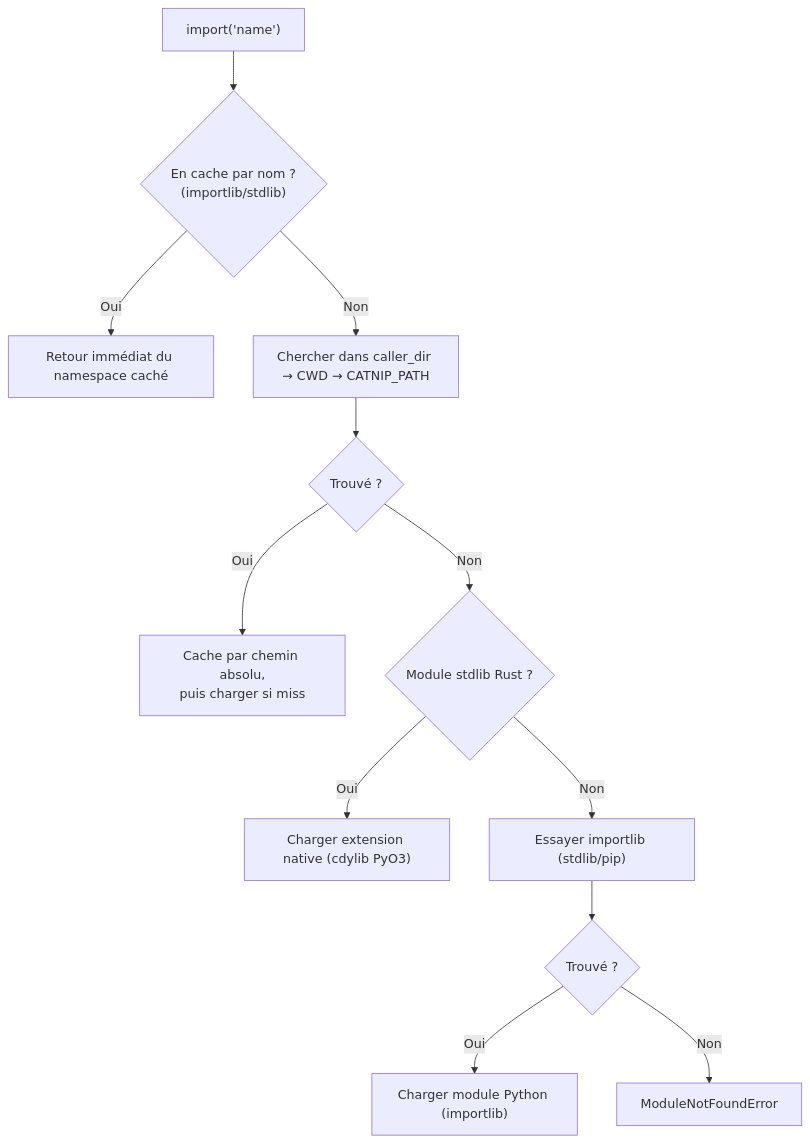
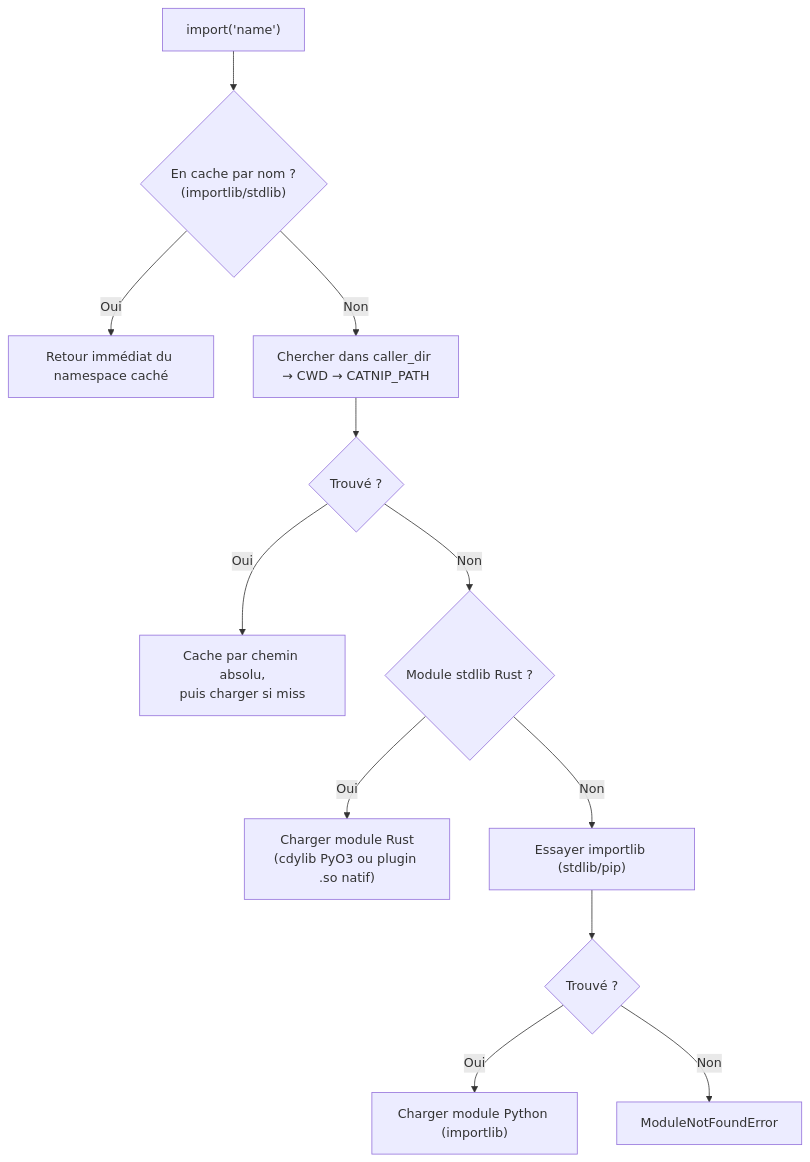
One commit to aristofor/catnip changed the first of 2 diagrams in docs/user/MODULE_LOADING.md. Above: the diagram before and after it, drawn with Mermaid. The commit also changed other lines of this file and 36 other files, not shown here.

````diff
--- a/docs/user/MODULE_LOADING.md
+++ b/docs/user/MODULE_LOADING.md
@@ -81,14 +81,14 @@
 ```mermaid
 flowchart TD
     A["import('name')"] --> B{"En cache par nom ?<br/>(importlib/stdlib)"}
     B -->|Oui| C["Retour immédiat du namespace caché"]
     B -->|Non| D["Chercher dans caller_dir → CWD → CATNIP_PATH"]
     D --> E{"Trouvé ?"}
     E -->|Oui| F["Cache par chemin absolu,<br/>puis charger si miss"]
     E -->|Non| B2{"Module stdlib Rust ?"}
-    B2 -->|Oui| B3["Charger extension native (cdylib PyO3)"]
+    B2 -->|Oui| B3["Charger module Rust<br/>(cdylib PyO3 ou plugin .so natif)"]
     B2 -->|Non| IL["Essayer importlib (stdlib/pip)"]
     IL --> IL2{"Trouvé ?"}
     IL2 -->|Oui| IL3["Charger module Python (importlib)"]
     IL2 -->|Non| ERR["ModuleNotFoundError"]
 ```
````
